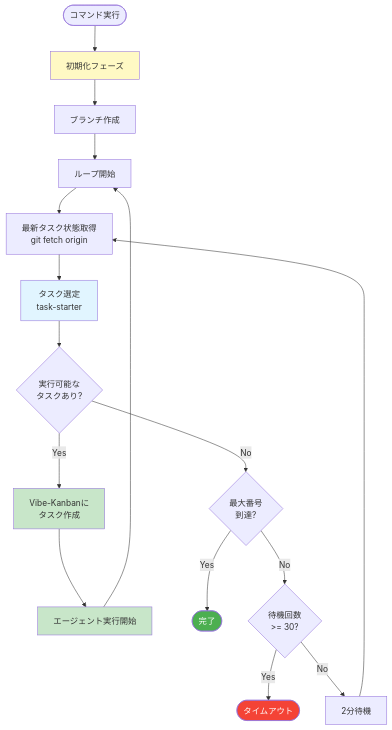
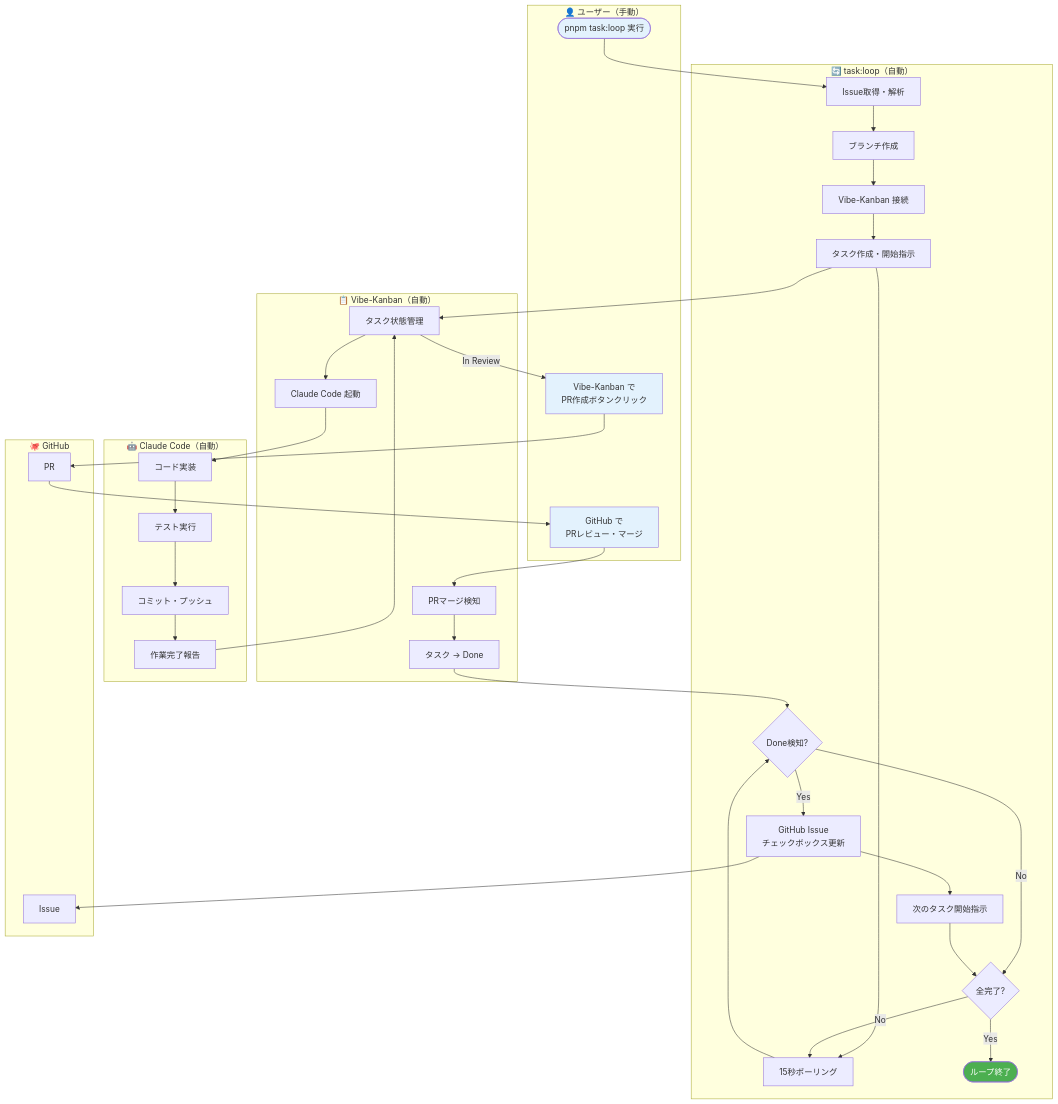
The first of 2 diagrams in docs/instructions/task-vibe-kanban-loop.md (einja-inc/einja-management-template), drawn with Mermaid before and after one commit. The commit also changed other lines of this file and 17 other files, not shown here.

````diff
--- a/docs/instructions/task-vibe-kanban-loop.md
+++ b/docs/instructions/task-vibe-kanban-loop.md
@@ -15,30 +234,74 @@
 ```mermaid
 graph TD
-    Start([コマンド実行]) --> Init[初期化フェーズ]
-    Init --> Branch[ブランチ作成]
-    Branch --> Loop[ループ開始]
+    subgraph User ["👤 ユーザー（手動）"]
+        U1([pnpm task:loop 実行])
+        U2[Vibe-Kanban で<br/>PR作成ボタンクリック]
+        U3[GitHub で<br/>PRレビュー・マージ]
+    end
 
-    Loop --> Fetch[最新タスク状態取得<br/>git fetch origin]
-    Fetch --> Select[タスク選定<br/>task-starter]
+    subgraph TaskLoop ["🔄 task:loop（自動）"]
+        T1[Issue取得・解析]
+        T2[ブランチ作成]
+        T3[Vibe-Kanban 接続]
+        T4[タスク作成・開始指示]
+        T5[15秒ポーリング]
+        T6{Done検知?}
+        T7[GitHub Issue<br/>チェックボックス更新]
+        T8[次のタスク開始指示]
+        T9{全完了?}
+        T10([ループ終了])
+    end
 
-    Select --> HasTask{実行可能な<br/>タスクあり?}
+    subgraph Claude ["🤖 Claude Code（自動）"]
+        C1[コード実装]
+        C2[テスト実行]
+        C3[コミット・プッシュ]
+        C4[作業完了報告]
+    end
 
-    HasTask -->|Yes| Create[Vibe-Kanbanに<br/>タスク作成]
-    Create --> Execute[エージェント実行開始]
-    Execute --> Loop
+    subgraph VibeKanban ["📋 Vibe-Kanban（自動）"]
+        V1[タスク状態管理]
+        V2[Claude Code 起動]
+        V3[PRマージ検知]
+        V4[タスク → Done]
+    end
 
-    HasTask -->|No| CheckMax{最大番号<br/>到達?}
-    CheckMax -->|Yes| End([完了])
-    CheckMax -->|No| CheckRetry{待機回数<br/>>= 30?}
+    subgraph GitHub ["🐙 GitHub"]
+        G1[Issue]
+        G2[PR]
+    end
 
-    CheckRetry -->|Yes| Timeout([タイムアウト])
-    CheckRetry -->|No| Wait[2分待機]
-    Wait --> Fetch
+    U1 --> T1
+    T1 --> T2
+    T2 --> T3
+    T3 --> T4
+    T4 --> V1
+    V1 --> V2
+    V2 --> C1
+    C1 --> C2
+    C2 --> C3
+    C3 --> C4
+    C4 --> V1
 
-    style Init fill:#fff9c4
-    style Select fill:#e1f5ff
-    style Create fill:#c8e6c9
-    style Execute fill:#c8e6c9
-    style End fill:#4caf50,color:#fff
-    style Timeout fill:#f44336,color:#fff
+    T4 --> T5
+    T5 --> T6
+    T6 -->|No| T9
+    T6 -->|Yes| T7
+    T7 --> G1
+    T7 --> T8
+    T8 --> T9
+    T9 -->|No| T5
+    T9 -->|Yes| T10
+
+    V1 -->|In Review| U2
+    U2 --> G2
+    G2 --> U3
+    U3 --> V3
+    V3 --> V4
+    V4 --> T6
+
+    style U1 fill:#e3f2fd
+    style U2 fill:#e3f2fd
+    style U3 fill:#e3f2fd
+    style T10 fill:#4caf50,color:#fff
 ```
````
